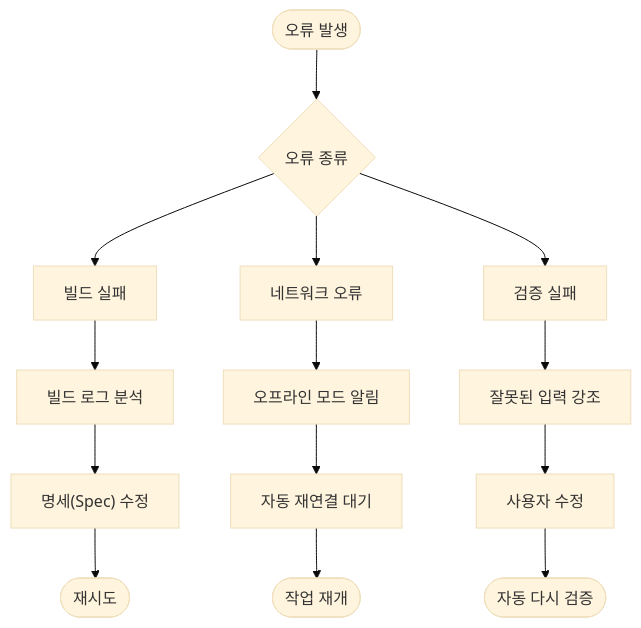
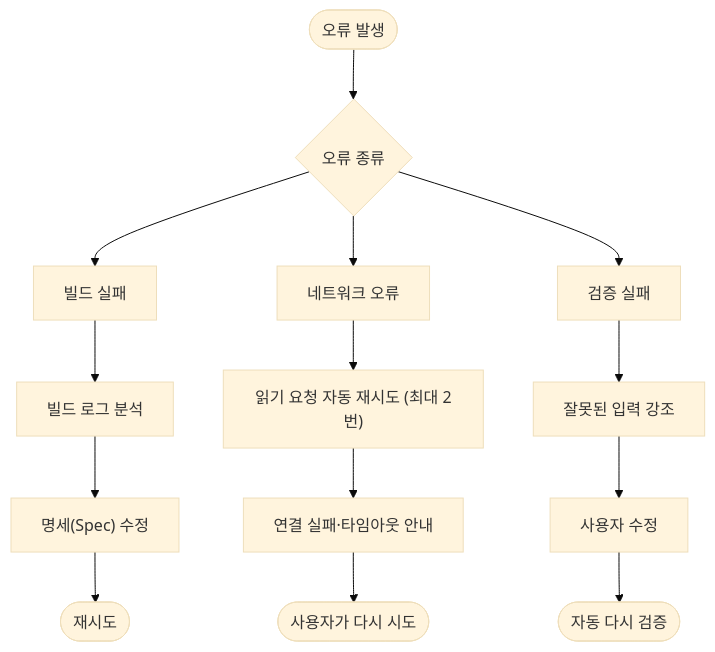
Before and after one commit to kpubdata-lab/kpubdata-studio: the seventh of 7 diagrams in USER_FLOWS.md, drawn with Mermaid (base theme). The commit also changed other lines of this file and 9 other files, not shown here.

````diff
--- a/USER_FLOWS.md
+++ b/USER_FLOWS.md
@@ -216,19 +221,19 @@
 ```mermaid
 flowchart TD
     Error([오류 발생]) --> Type{오류 종류}
     Type --> BuildFail[빌드 실패]
     Type --> NetFail[네트워크 오류]
     Type --> ValFail[검증 실패]
 
     BuildFail --> BuildLog[빌드 로그 분석]
     BuildLog --> EditSpec["명세(Spec) 수정"]
     EditSpec --> Retry([재시도])
 
-    NetFail --> Offline[오프라인 모드 알림]
-    Offline --> Reconnect[자동 재연결 대기]
-    Reconnect --> Resume([작업 재개])
+    NetFail --> AutoRetry["읽기 요청 자동 재시도 (최대 2번)"]
+    AutoRetry --> Message[연결 실패·타임아웃 안내]
+    Message --> Resume(["사용자가 다시 시도"])
 
     ValFail --> InputHighlight[잘못된 입력 강조]
     InputHighlight --> CorrectInput[사용자 수정]
     CorrectInput --> ReValidate([자동 다시 검증])
 ```
````
